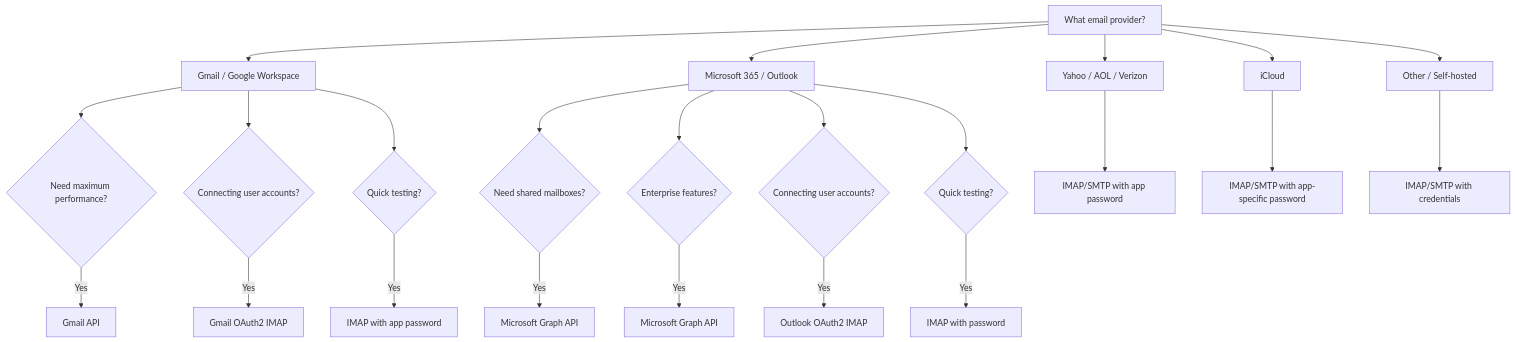
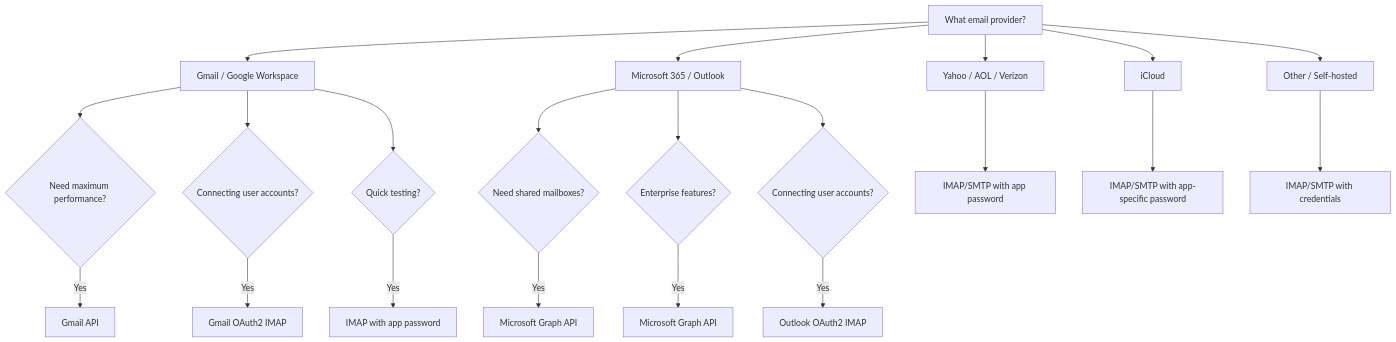
The diagram in docs/accounts/index.md (postalsys/learn-emailengine-app), drawn with Mermaid before and after one commit. The commit also changed other lines of this file and 1 other file, not shown here.

````diff
--- a/docs/accounts/index.md
+++ b/docs/accounts/index.md
@@ -129,29 +130,27 @@
 ```mermaid
 graph TD
     Start[What email provider?]
     Start --> Gmail[Gmail / Google Workspace]
     Start --> M365[Microsoft 365 / Outlook]
     Start --> Yahoo[Yahoo / AOL / Verizon]
     Start --> iCloud[iCloud]
     Start --> Other[Other / Self-hosted]
 
     Gmail --> GmailPerf{Need maximum performance?}
     Gmail --> GmailOAuth{Connecting user accounts?}
     Gmail --> GmailTest{Quick testing?}
     GmailPerf -->|Yes| GmailAPI[Gmail API]
     GmailOAuth -->|Yes| GmailOAuth2[Gmail OAuth2 IMAP]
     GmailTest -->|Yes| GmailIMAPApp[IMAP with app password]
 
     M365 --> M365Shared{Need shared mailboxes?}
     M365 --> M365Enterprise{Enterprise features?}
     M365 --> M365OAuth{Connecting user accounts?}
-    M365 --> M365Test{Quick testing?}
     M365Shared -->|Yes| GraphAPI[Microsoft Graph API]
     M365Enterprise -->|Yes| GraphAPI2[Microsoft Graph API]
     M365OAuth -->|Yes| OutlookOAuth2[Outlook OAuth2 IMAP]
-    M365Test -->|Yes| M365IMAP[IMAP with password]
 
     Yahoo --> YahooIMAP[IMAP/SMTP with app password]
     iCloud --> iCloudIMAP[IMAP/SMTP with app-specific password]
     Other --> OtherIMAP[IMAP/SMTP with credentials]
 ```
````
